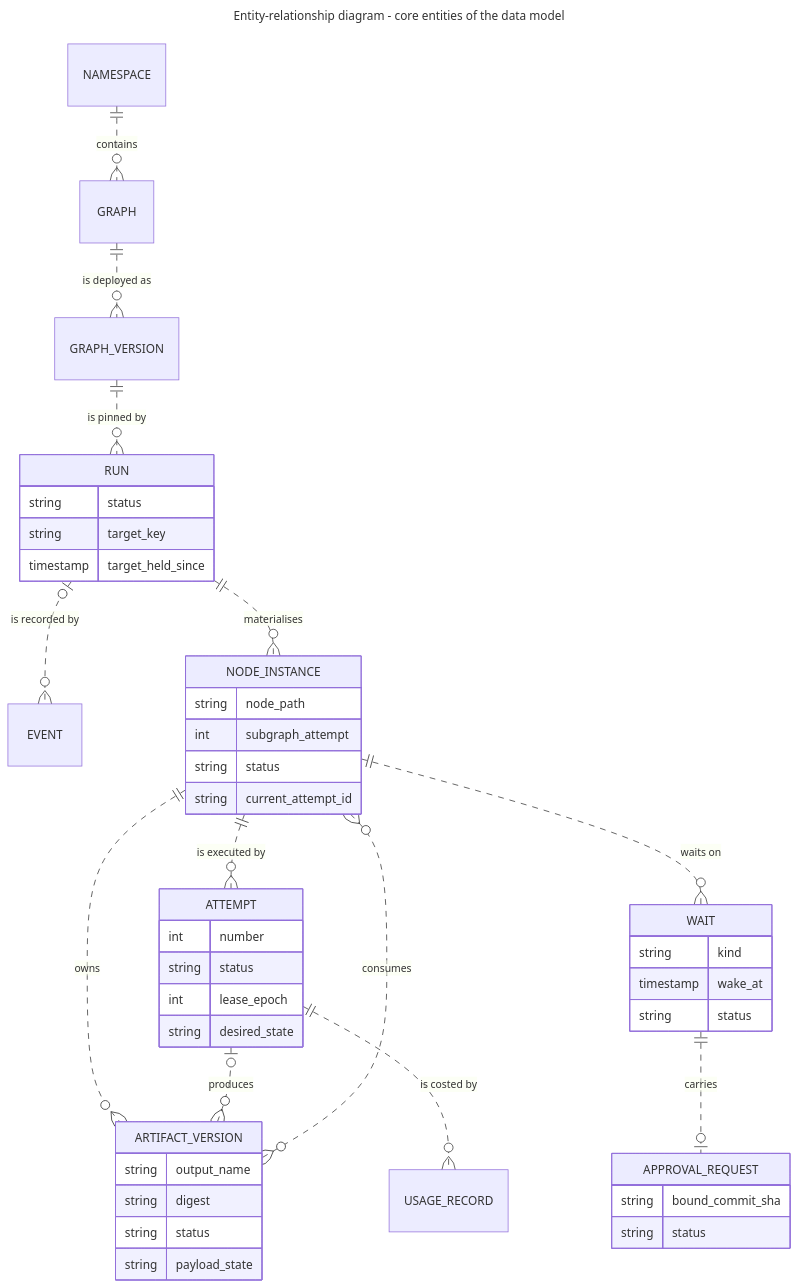
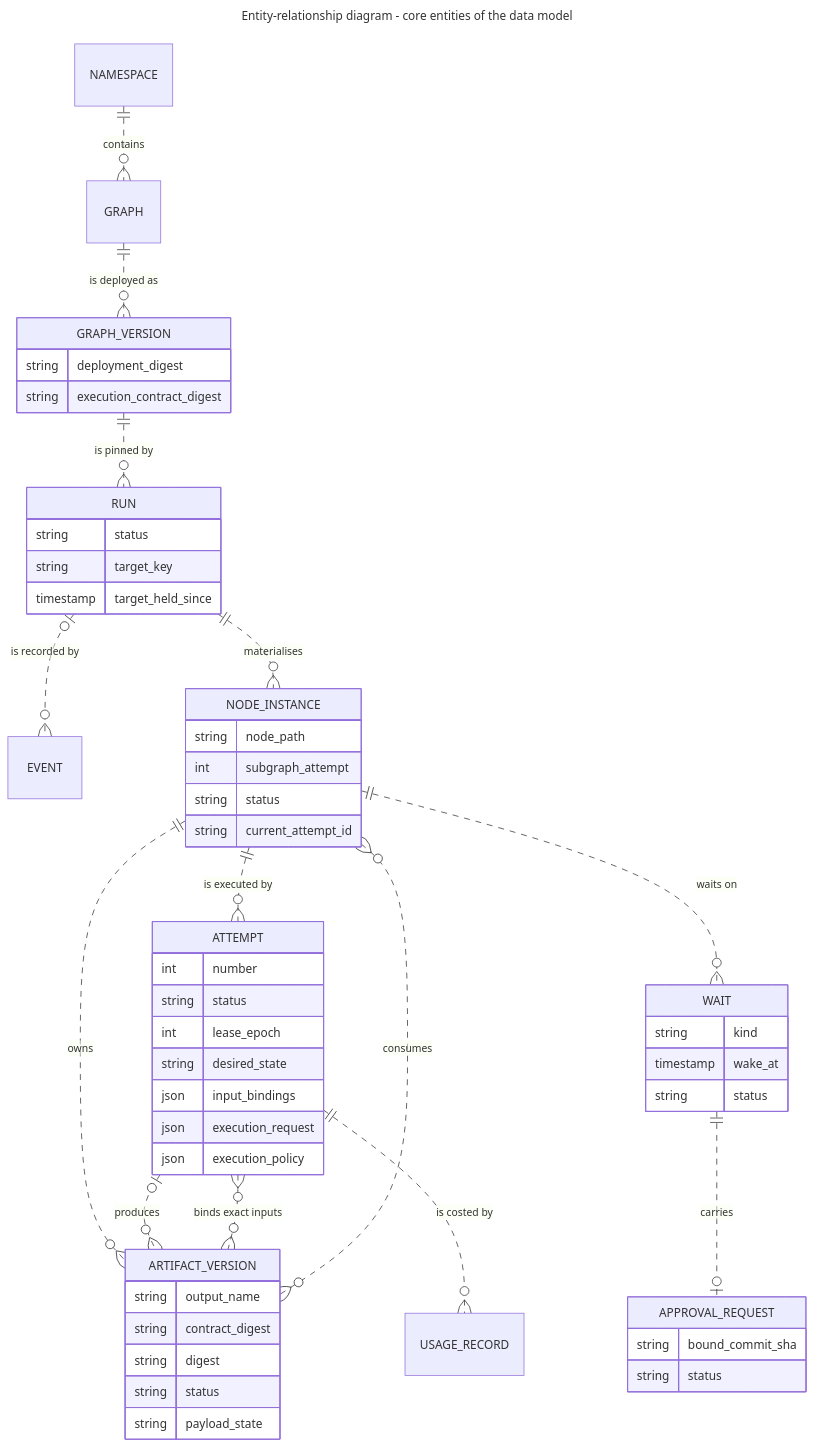
One commit to klukashka/kora changed the second of 24 diagrams in knowledge/architecture/internals.md. Above: the diagram before and after it, drawn with Mermaid. The commit also changed other lines of this file and 17 other files, not shown here.

First line of the commit message:
docs: preserve immutable attempt execution history (#60)

````diff
--- a/knowledge/architecture/internals.md
+++ b/knowledge/architecture/internals.md
@@ -76,52 +76,61 @@
 ```mermaid
 ---
 title: Entity-relationship diagram - core entities of the data model
 ---
 erDiagram
   accTitle: Core entities of the data model
   accDescr: A namespace contains graphs; a graph is deployed as graph versions; a run pins one graph version and materialises node instances; event rows record what happens, most of them for a run. A node instance is executed by attempts, owns artifact versions, most of which an attempt produced, consumes artifact versions and waits on wait rows; an approval wait carries one approval request. An attempt is costed by usage records.
   NAMESPACE ||..o{ GRAPH : contains
   GRAPH ||..o{ GRAPH_VERSION : "is deployed as"
   GRAPH_VERSION ||..o{ RUN : "is pinned by"
   RUN |o..o{ EVENT : "is recorded by"
   RUN ||..o{ NODE_INSTANCE : materialises
   NODE_INSTANCE ||..o{ ATTEMPT : "is executed by"
   NODE_INSTANCE ||..o{ ARTIFACT_VERSION : owns
   ATTEMPT |o..o{ ARTIFACT_VERSION : produces
   ATTEMPT ||..o{ USAGE_RECORD : "is costed by"
+  ATTEMPT }o..o{ ARTIFACT_VERSION : "binds exact inputs"
   NODE_INSTANCE }o..o{ ARTIFACT_VERSION : consumes
   NODE_INSTANCE ||..o{ WAIT : "waits on"
   WAIT ||..o| APPROVAL_REQUEST : carries
+  GRAPH_VERSION {
+    string deployment_digest
+    string execution_contract_digest
+  }
   RUN {
     string status
     string target_key
     timestamp target_held_since
   }
   NODE_INSTANCE {
     string node_path
     int subgraph_attempt
     string status
     string current_attempt_id
   }
   ATTEMPT {
     int number
     string status
     int lease_epoch
     string desired_state
+    json input_bindings
+    json execution_request
+    json execution_policy
   }
   ARTIFACT_VERSION {
     string output_name
+    string contract_digest
     string digest
     string status
     string payload_state
   }
   WAIT {
     string kind
     timestamp wake_at
     string status
   }
   APPROVAL_REQUEST {
     string bound_commit_sha
     string status
   }
 ```
````
